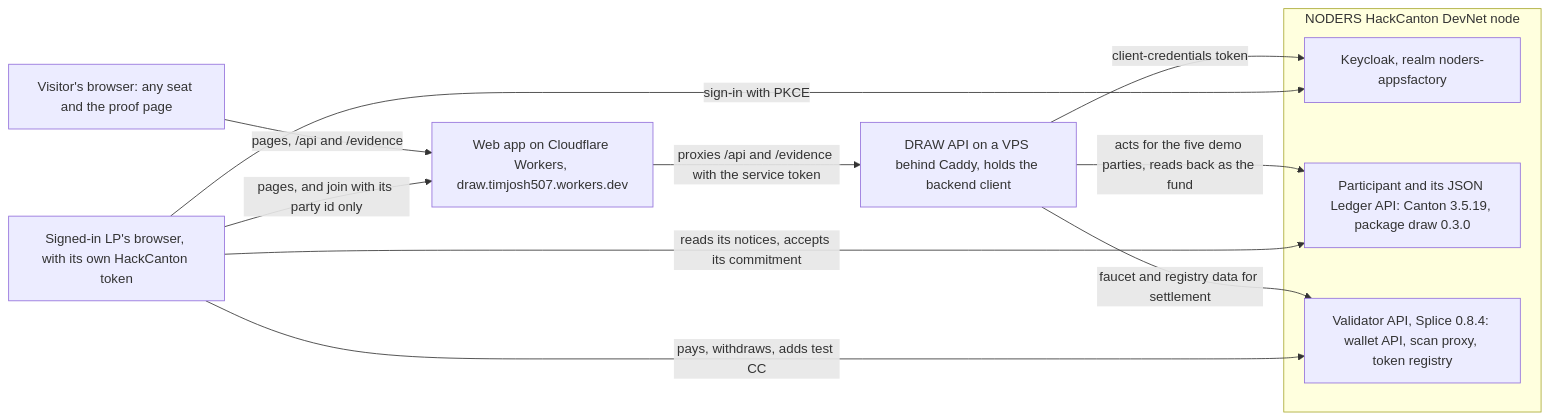
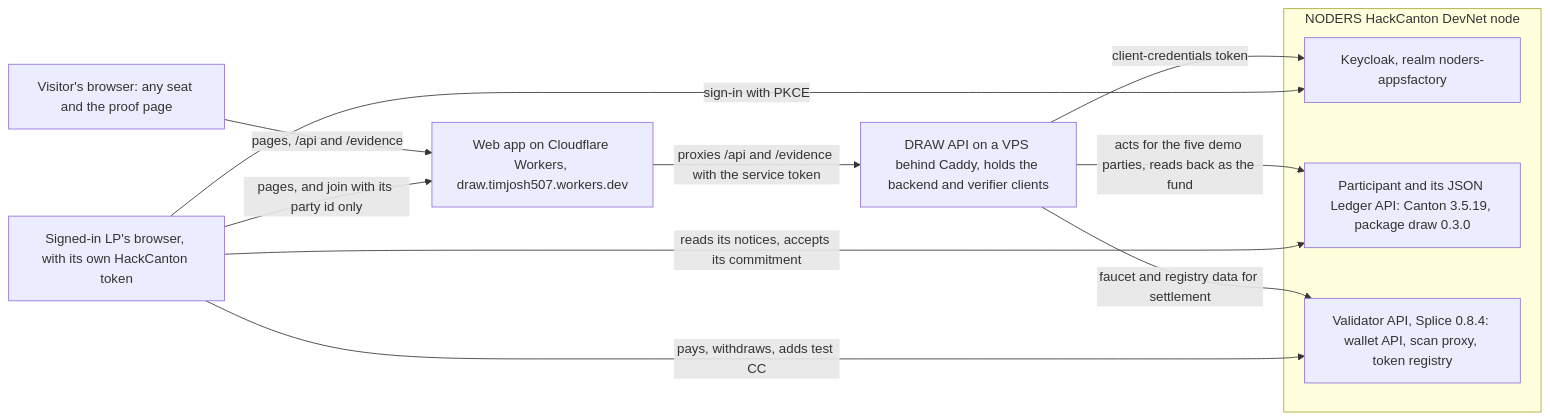
Before and after one commit to winsznx/draw: the diagram in docs/ARCHITECTURE.md, drawn with Mermaid. The commit also changed other lines of this file and 45 other files, not shown here.

````diff
--- a/docs/ARCHITECTURE.md
+++ b/docs/ARCHITECTURE.md
@@ -11,21 +11,21 @@
 ```mermaid
 flowchart LR
   visitor["Visitor's browser: any seat and the proof page"]
   lp["Signed-in LP's browser, with its own HackCanton token"]
   web["Web app on Cloudflare Workers, draw.timjosh507.workers.dev"]
-  api["DRAW API on a VPS behind Caddy, holds the backend client"]
+  api["DRAW API on a VPS behind Caddy, holds the backend and verifier clients"]
   subgraph noders["NODERS HackCanton DevNet node"]
     keycloak["Keycloak, realm noders-appsfactory"]
     ledger["Participant and its JSON Ledger API: Canton 3.5.19, package draw 0.3.0"]
     validator["Validator API, Splice 0.8.4: wallet API, scan proxy, token registry"]
   end
   visitor -->|"pages, /api and /evidence"| web
   lp -->|"pages, and join with its party id only"| web
   web -->|"proxies /api and /evidence with the service token"| api
   api -->|"client-credentials token"| keycloak
   api -->|"acts for the five demo parties, reads back as the fund"| ledger
   api -->|"faucet and registry data for settlement"| validator
   lp -->|"sign-in with PKCE"| keycloak
   lp -->|"reads its notices, accepts its commitment"| ledger
   lp -->|"pays, withdraws, adds test CC"| validator
 ```
````
